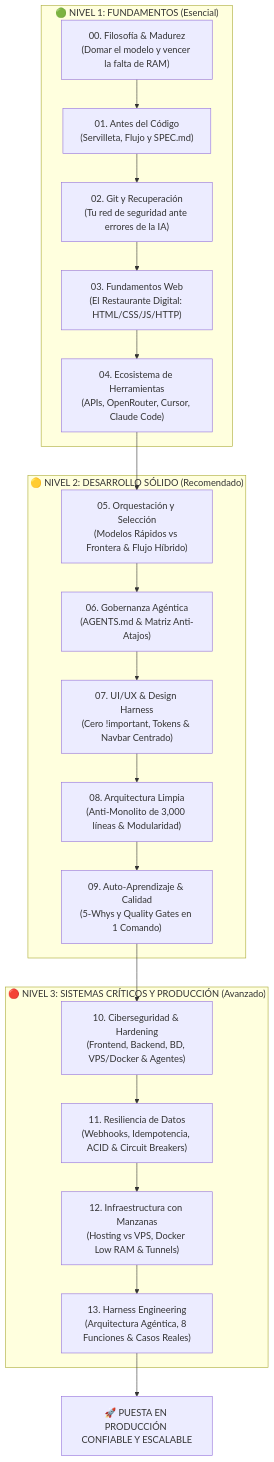
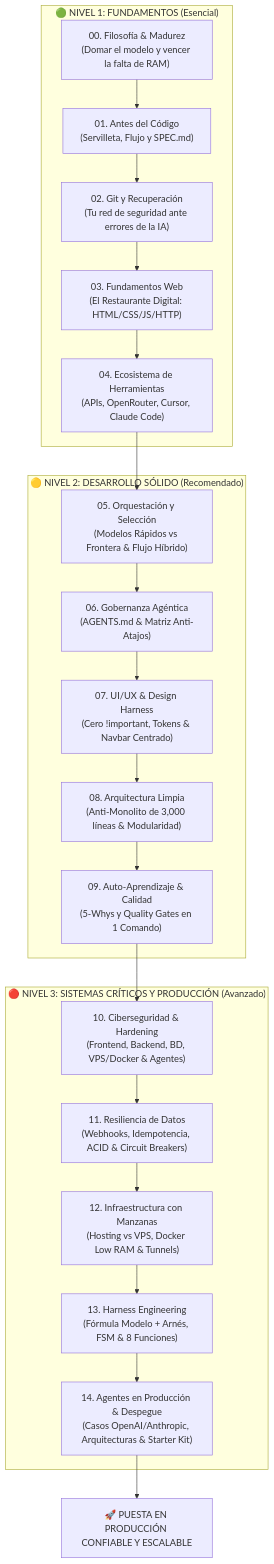
Before and after one commit to moisesrojasp89-Dev/Guia-de-desarrollo-asistido-con-IA: the diagram in README.md, drawn with Mermaid. The commit also changed other lines of this file and 5 other files, not shown here.

````diff
--- a/README.md
+++ b/README.md
@@ -52,30 +52,31 @@
 ```mermaid
 flowchart TD
     subgraph L1 ["🟢 NIVEL 1: FUNDAMENTOS (Esencial)"]
         M0["00. Filosofía & Madurez\n(Domar el modelo y vencer la falta de RAM)"]
         M1["01. Antes del Código\n(Servilleta, Flujo y SPEC.md)"]
         M2["02. Git y Recuperación\n(Tu red de seguridad ante errores de la IA)"]
         M3["03. Fundamentos Web\n(El Restaurante Digital: HTML/CSS/JS/HTTP)"]
         M4["04. Ecosistema de Herramientas\n(APIs, OpenRouter, Cursor, Claude Code)"]
         M0 --> M1 --> M2 --> M3 --> M4
     end
 
     subgraph L2 ["🟡 NIVEL 2: DESARROLLO SÓLIDO (Recomendado)"]
         M5["05. Orquestación y Selección\n(Modelos Rápidos vs Frontera & Flujo Híbrido)"]
         M6["06. Gobernanza Agéntica\n(AGENTS.md & Matriz Anti-Atajos)"]
         M7["07. UI/UX & Design Harness\n(Cero !important, Tokens & Navbar Centrado)"]
         M8["08. Arquitectura Limpia\n(Anti-Monolito de 3,000 líneas & Modularidad)"]
         M9["09. Auto-Aprendizaje & Calidad\n(5-Whys y Quality Gates en 1 Comando)"]
         M4 --> M5 --> M6 --> M7 --> M8 --> M9
     end
 
     subgraph L3 ["🔴 NIVEL 3: SISTEMAS CRÍTICOS Y PRODUCCIÓN (Avanzado)"]
         M10["10. Ciberseguridad & Hardening\n(Frontend, Backend, BD, VPS/Docker & Agentes)"]
         M11["11. Resiliencia de Datos\n(Webhooks, Idempotencia, ACID & Circuit Breakers)"]
         M12["12. Infraestructura con Manzanas\n(Hosting vs VPS, Docker Low RAM & Tunnels)"]
-        M13["13. Harness Engineering\n(Arquitectura Agéntica, 8 Funciones & Casos Reales)"]
-        M9 --> M10 --> M11 --> M12 --> M13
+        M13["13. Harness Engineering\n(Fórmula Modelo + Arnés, FSM & 8 Funciones)"]
+        M14["14. Agentes en Producción & Despegue\n(Casos OpenAI/Anthropic, Arquitecturas & Starter Kit)"]
+        M9 --> M10 --> M11 --> M12 --> M13 --> M14
     end
 
-    M13 --> PROD["🚀 PUESTA EN PRODUCCIÓN CONFIABLE Y ESCALABLE"]
+    M14 --> PROD["🚀 PUESTA EN PRODUCCIÓN CONFIABLE Y ESCALABLE"]
 ```
````
